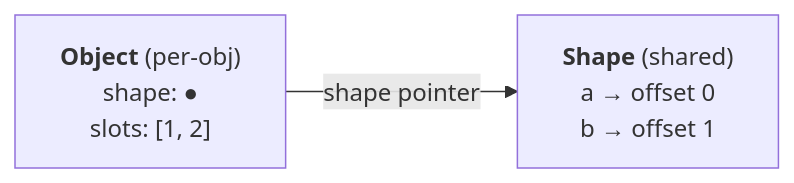
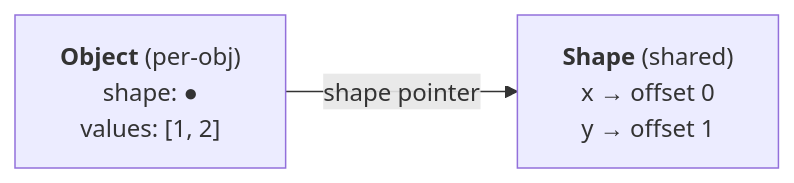
The first of 2 diagrams in client-side/shapes-inline-caches.md (kltduong/study-notes), drawn with Mermaid before and after one commit. The commit also changed other lines of this file and 1 other file, not shown here.

````diff
--- a/client-side/shapes-inline-caches.md
+++ b/client-side/shapes-inline-caches.md
@@ -23,6 +25,6 @@
 ```mermaid
 flowchart LR
-    O["<b>Object</b> (per-obj)<br/>shape: ●<br/>slots: [1, 2]"]
-    S["<b>Shape</b> (shared)<br/>a → offset 0<br/>b → offset 1"]
+    O["<b>Object</b> (per-obj)<br/>shape: ●<br/>values: [1, 2]"]
+    S["<b>Shape</b> (shared)<br/>x → offset 0<br/>y → offset 1"]
     O -->|shape pointer| S
 ```
````
